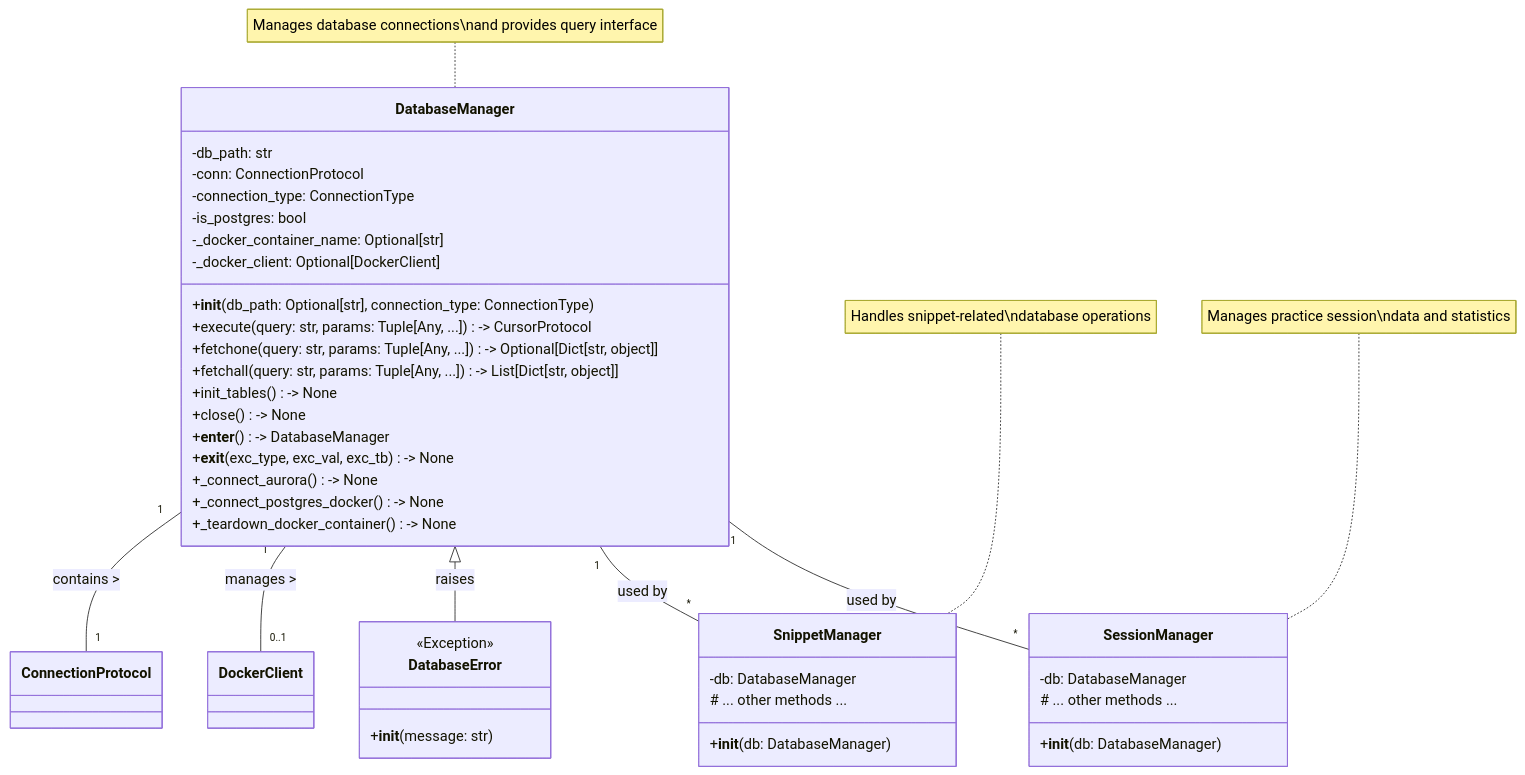
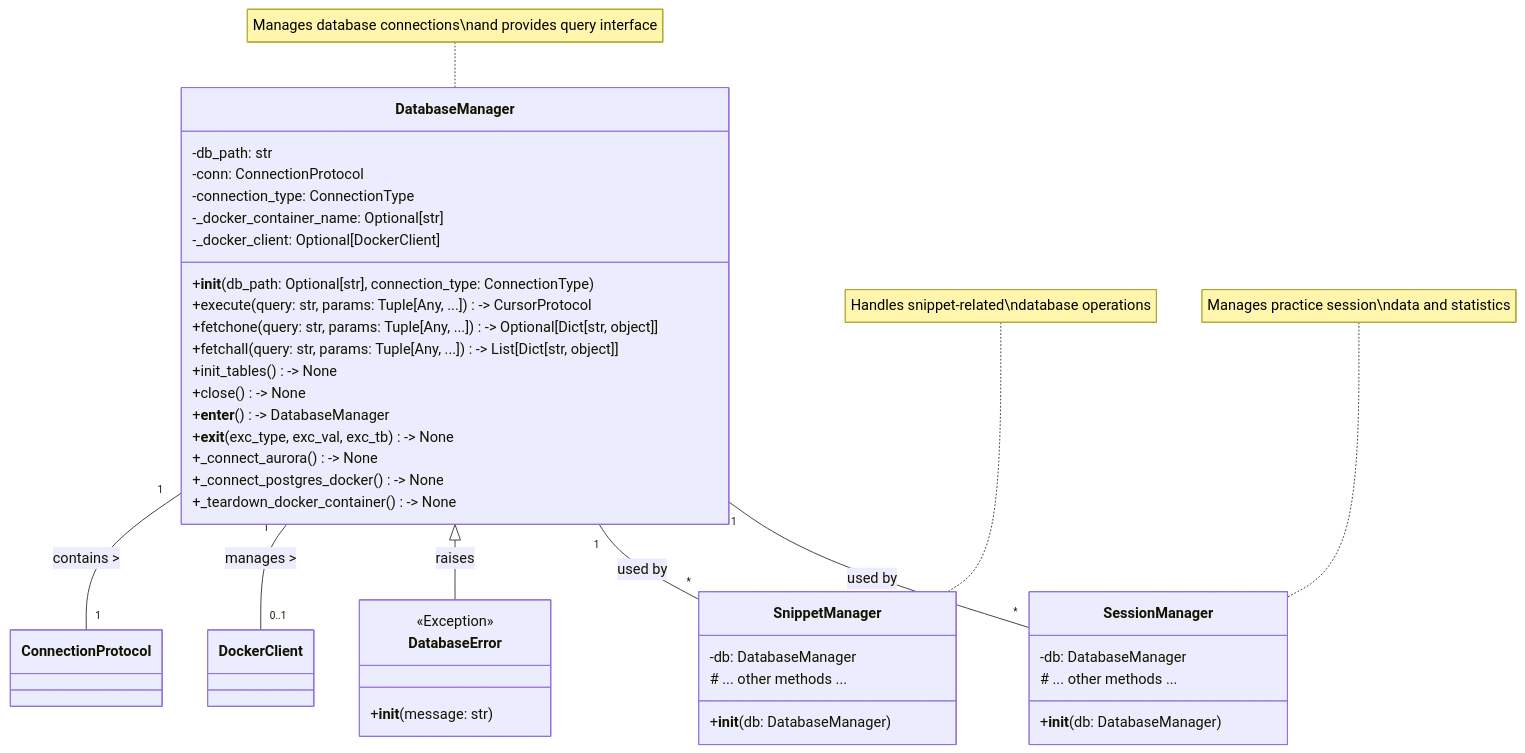
Before and after one commit to SeanAdams10/AITypingTrainer: the first of 2 diagrams in Requirements/DatabaseManager_req.md, drawn with Mermaid. The commit also changed 29 other files, not shown here.

````diff
--- a/Requirements/DatabaseManager_req.md
+++ b/Requirements/DatabaseManager_req.md
@@ -9,49 +9,48 @@
 ```mermaid
 classDiagram
     class DatabaseManager {
         -db_path: str
         -conn: ConnectionProtocol
         -connection_type: ConnectionType
-        -is_postgres: bool
         -_docker_container_name: Optional[str]
         -_docker_client: Optional[DockerClient]
         +__init__(db_path: Optional[str], connection_type: ConnectionType)
         +execute(query: str, params: Tuple[Any, ...]) -> CursorProtocol
         +fetchone(query: str, params: Tuple[Any, ...]) -> Optional[Dict[str, object]]
         +fetchall(query: str, params: Tuple[Any, ...]) -> List[Dict[str, object]]
         +init_tables() -> None
         +close() -> None
         +__enter__() -> DatabaseManager
         +__exit__(exc_type, exc_val, exc_tb) -> None
         +_connect_aurora() -> None
         +_connect_postgres_docker() -> None
         +_teardown_docker_container() -> None
     }
     
     class SnippetManager {
         -db: DatabaseManager
         +__init__(db: DatabaseManager)
         # ... other methods ...
     }
     
     class SessionManager {
         -db: DatabaseManager
         +__init__(db: DatabaseManager)
         # ... other methods ...
     }
     
     class DatabaseError {
         <<Exception>>
         +__init__(message: str)
     }
     
     DatabaseManager "1" -- "1" ConnectionProtocol : contains >
     DatabaseManager "1" -- "0..1" DockerClient : manages >
     DatabaseManager <|-- DatabaseError : raises
     DatabaseManager "1" -- "*" SnippetManager : used by
     DatabaseManager "1" -- "*" SessionManager : used by
     
     note for DatabaseManager "Manages database connections\nand provides query interface"
     note for SnippetManager "Handles snippet-related\ndatabase operations"
     note for SessionManager "Manages practice session\ndata and statistics"
 ```
````
